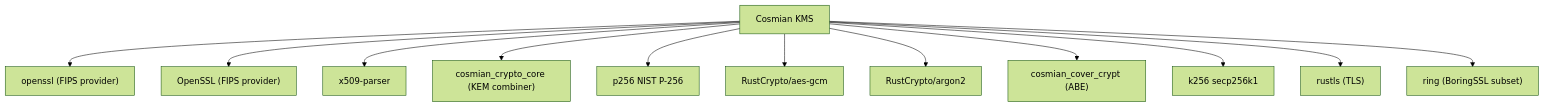
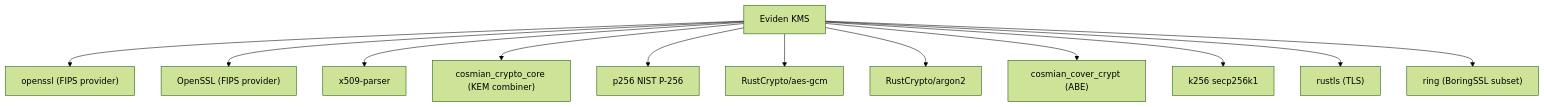
One commit to Cosmian/kms changed the third of 5 diagrams in documentation/docs/certifications_and_compliance/audit/crypto_inventory.md. Above: the diagram before and after it, drawn with Mermaid (forest theme). The commit also changed other lines of this file and 79 other files, not shown here.

````diff
--- a/documentation/docs/certifications_and_compliance/audit/crypto_inventory.md
+++ b/documentation/docs/certifications_and_compliance/audit/crypto_inventory.md
@@ -140,15 +140,15 @@
     ```mermaid
     flowchart TD
-        COSMIAN_KMS["Cosmian KMS"]
+        COSMIAN_KMS["Eviden KMS"]
         COSMIAN_KMS --> OPENSSL__FIPS_PROVIDER_["openssl (FIPS provider)"]
         COSMIAN_KMS --> OPENSSL["OpenSSL (FIPS provider)"]
         COSMIAN_KMS --> X509_PARSER["x509-parser"]
         COSMIAN_KMS --> COSMIAN_CRYPTO_CORE["cosmian_crypto_core (KEM combiner)"]
         COSMIAN_KMS --> P256["p256 NIST P-256"]
         COSMIAN_KMS --> AES_GCM["RustCrypto/aes-gcm"]
         COSMIAN_KMS --> ARGON2["RustCrypto/argon2"]
         COSMIAN_KMS --> COSMIAN_COVER_CRYPT["cosmian_cover_crypt (ABE)"]
         COSMIAN_KMS --> K256["k256 secp256k1"]
         COSMIAN_KMS --> RUSTLS["rustls (TLS)"]
         COSMIAN_KMS --> RING["ring (BoringSSL subset)"]
     ```
````
